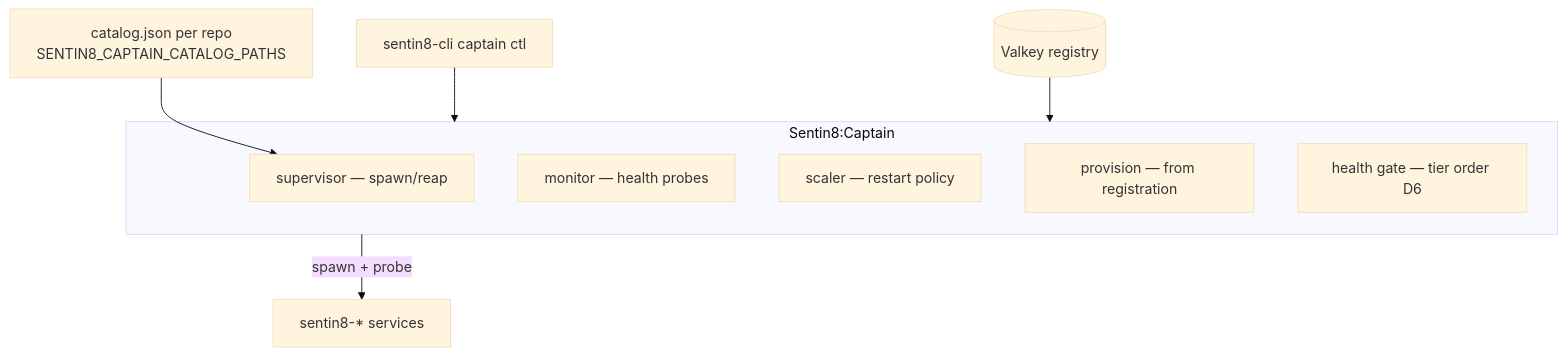
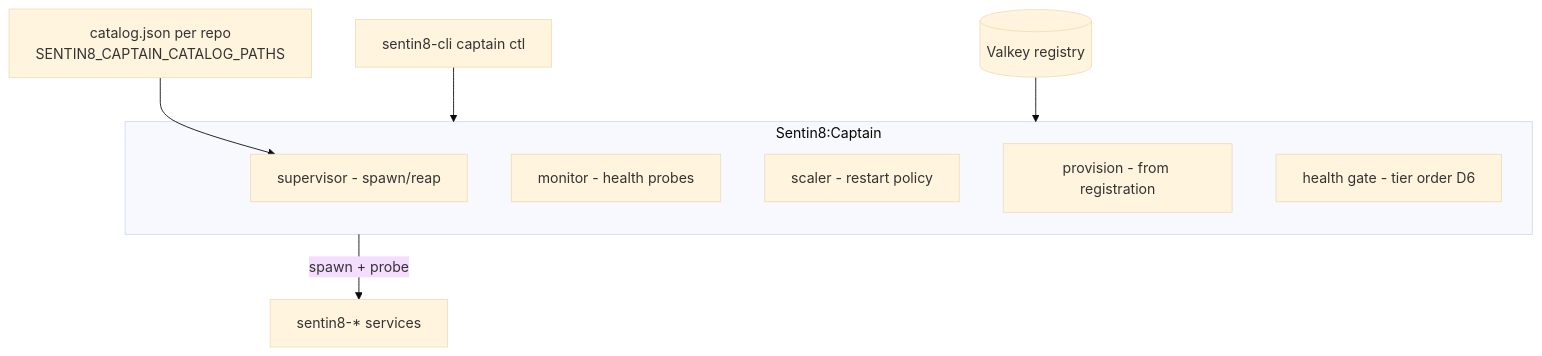
Before and after one commit to Sentin8/sentin8-captain: the diagram in README.md, drawn with Mermaid (base theme). The commit also changed other lines of this file and 29 other files, not shown here.

````diff
--- a/README.md
+++ b/README.md
@@ -31,14 +31,14 @@
 ```mermaid
 graph TD
     CLI[sentin8-cli captain ctl] --> CAPT
     subgraph CAPT[Sentin8:Captain]
-        SUP[supervisor — spawn/reap]
-        MON[monitor — health probes]
-        SCALER[scaler — restart policy]
-        PROV[provision — from registration]
-        GATE[health gate — tier order D6]
+        SUP[supervisor - spawn/reap]
+        MON[monitor - health probes]
+        SCALER[scaler - restart policy]
+        PROV[provision - from registration]
+        GATE[health gate - tier order D6]
     end
     CAT[catalog.json per repo<br/>SENTIN8_CAPTAIN_CATALOG_PATHS] --> SUP
     VALKEY[(Valkey registry)] --> CAPT
     CAPT -- spawn + probe --> SVC[sentin8-* services]
 ```
````
